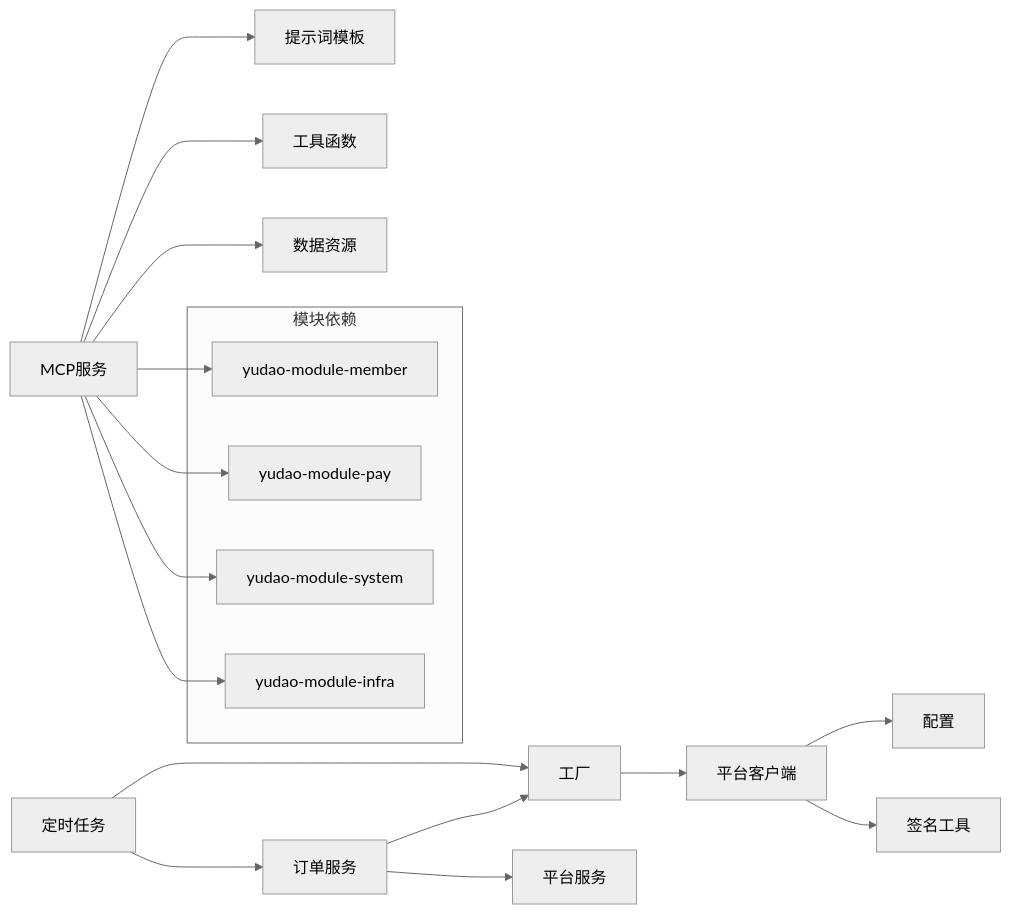
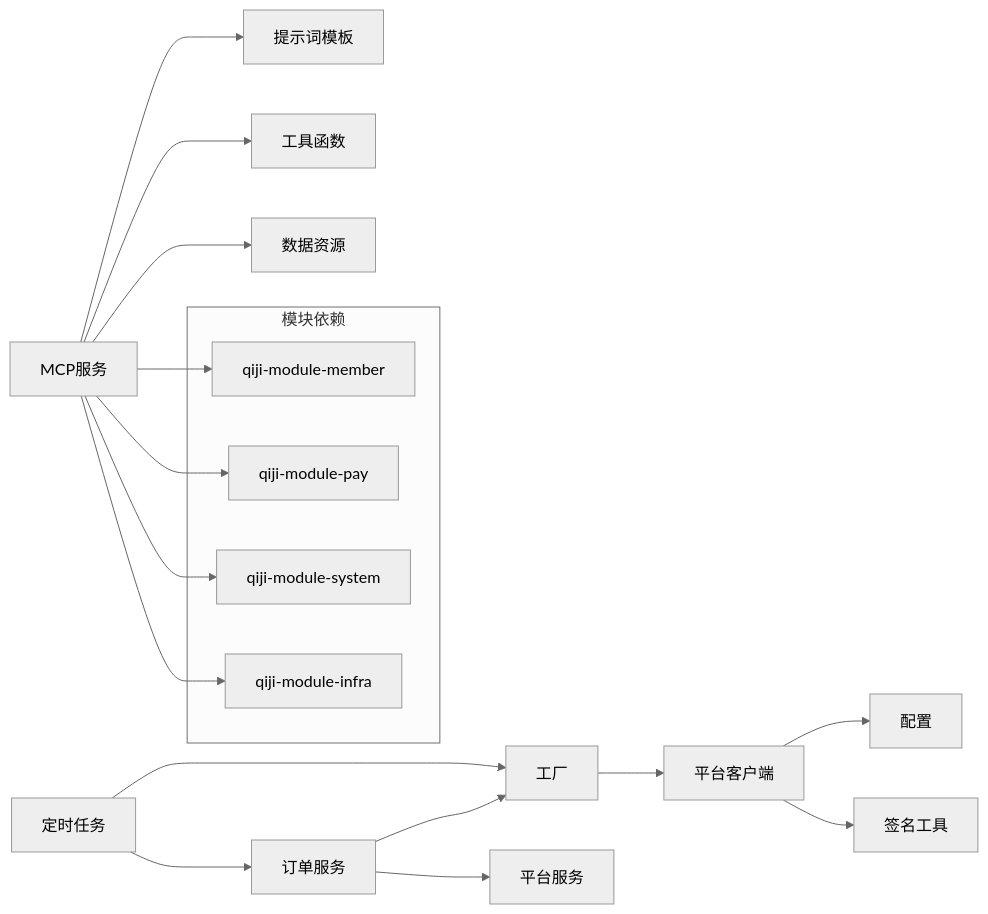
Before and after one commit to zhuangpengLI/AgenticCPS: the ninth of 9 diagrams in backend/.qoder/repowiki/zh/content/核心业务模块/CPS联盟返利模块/CPS联盟返利模块.md, drawn with Mermaid (neutral theme). The commit also changed other lines of this file and 3489 other files, not shown here.

````diff
--- a/backend/.qoder/repowiki/zh/content/核心业务模块/CPS联盟返利模块/CPS联盟返利模块.md
+++ b/backend/.qoder/repowiki/zh/content/核心业务模块/CPS联盟返利模块/CPS联盟返利模块.md
@@ -466,23 +466,23 @@
 ```mermaid
 graph LR
 Factory["工厂"] --> Clients["平台客户端"]
 Clients --> Props["配置"]
 Clients --> Sign["签名工具"]
 OrderSvc["订单服务"] --> Factory
 OrderSvc --> PlatformSvc["平台服务"]
 Job["定时任务"] --> Factory
 Job --> OrderSvc
 MCP["MCP服务"] --> MCPPrompts["提示词模板"]
 MCP --> MCPTools["工具函数"]
 MCP --> MCPResources["数据资源"]
 subgraph "模块依赖"
-Member["yudao-module-member"]
-Pay["yudao-module-pay"]
-System["yudao-module-system"]
-Infra["yudao-module-infra"]
+Member["qiji-module-member"]
+Pay["qiji-module-pay"]
+System["qiji-module-system"]
+Infra["qiji-module-infra"]
 end
 MCP --> Member
 MCP --> Pay
 MCP --> System
 MCP --> Infra
 ```
````
